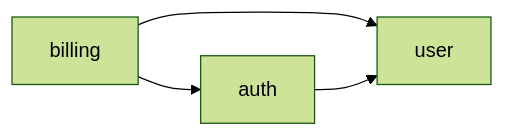
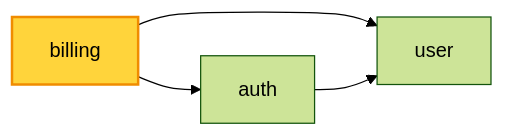
Before and after one commit to scottyroges/visual-skills: the second of 31 diagrams in skills/shared/diagrams.md, drawn with Mermaid (forest theme). The commit also changed other lines of this file and 3 other files, not shown here.

````diff
--- a/skills/shared/diagrams.md
+++ b/skills/shared/diagrams.md
@@ -72,6 +102,8 @@
 ```mermaid
 flowchart LR
   billing --> user
   billing --> auth
   auth --> user
+  classDef changed fill:#ffd43b,stroke:#f08c00,stroke-width:2px;
+  class billing changed;
 ```
````
